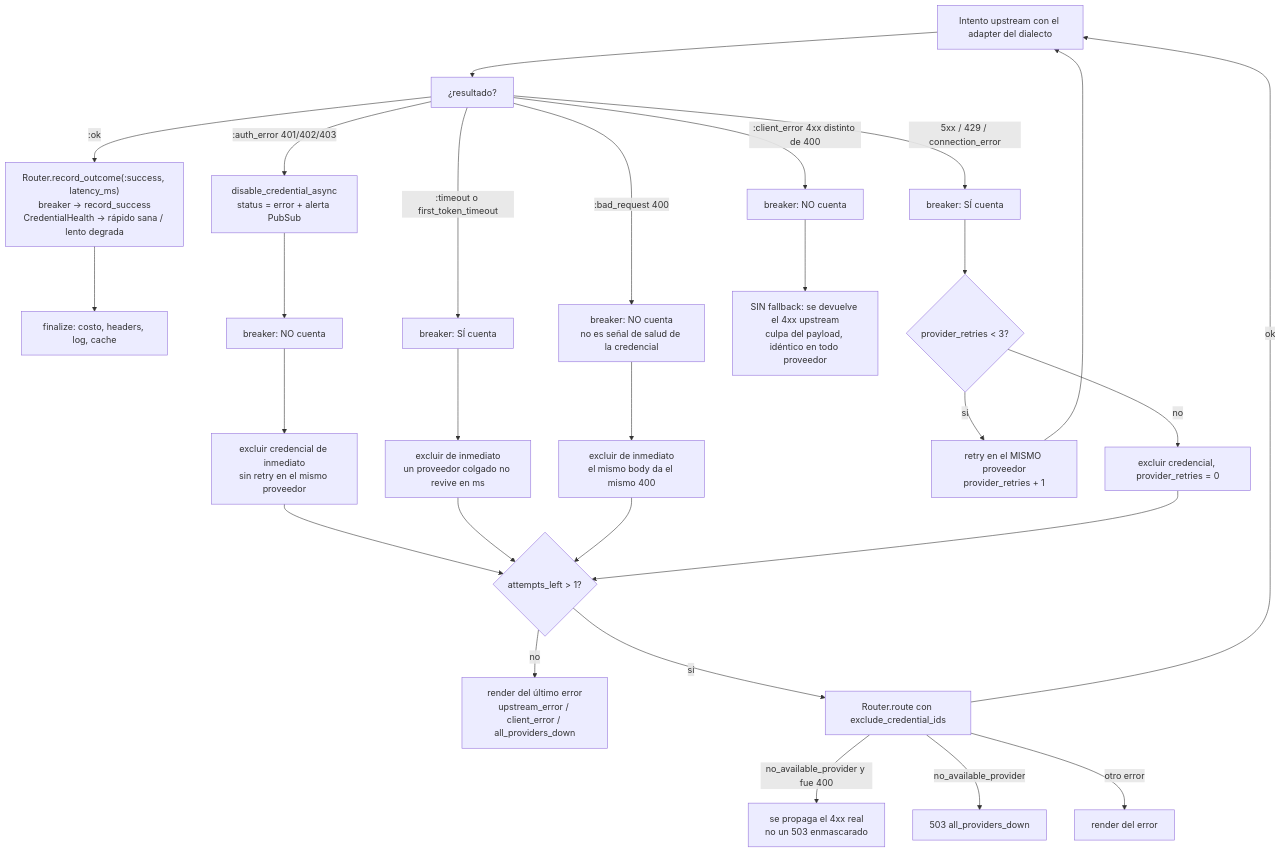
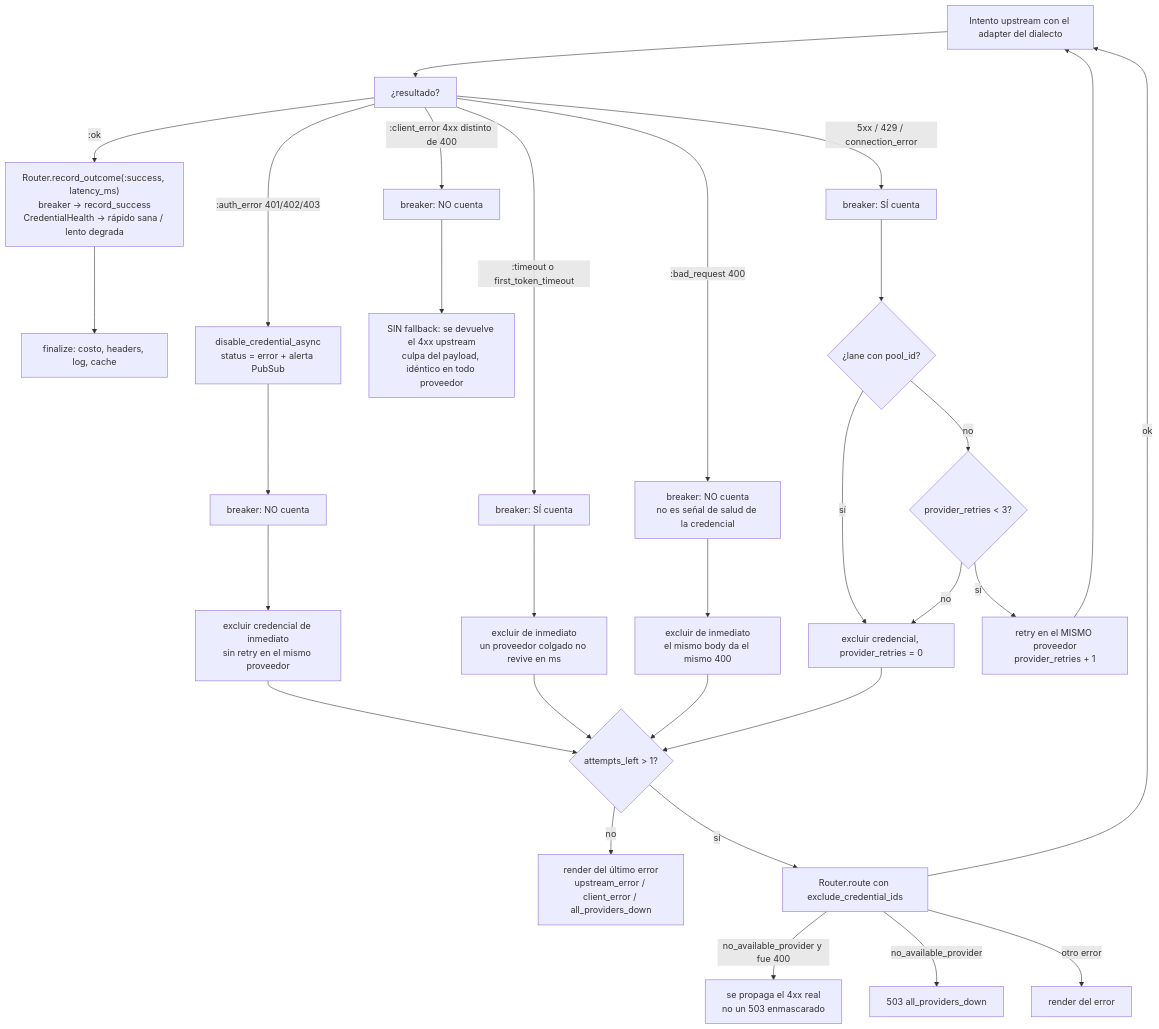
One commit to alvarolizama/tokengate changed the third of 5 diagrams in docs/proxy-request-flow.md. Above: the diagram before and after it, drawn with Mermaid. The commit also changed other lines of this file and 25 other files, not shown here.

````diff
--- a/docs/proxy-request-flow.md
+++ b/docs/proxy-request-flow.md
@@ -138,38 +152,40 @@
 ```mermaid
 flowchart TD
     A["Intento upstream con el adapter del dialecto"] --> B["¿resultado?"]
 
     B -->|":ok"| S1["Router.record_outcome(:success, latency_ms)<br/>breaker → record_success<br/>CredentialHealth → rápido sana / lento degrada"]
     S1 --> S2["finalize: costo, headers, log, cache"]
 
     B -->|":auth_error 401/402/403"| A1["disable_credential_async<br/>status = error + alerta PubSub"]
     A1 --> A2["breaker: NO cuenta"]
     A2 --> A3["excluir credencial de inmediato<br/>sin retry en el mismo proveedor"]
     A3 --> NEXT
 
     B -->|":timeout o first_token_timeout"| T1["breaker: SÍ cuenta"]
     T1 --> T2["excluir de inmediato<br/>un proveedor colgado no revive en ms"]
     T2 --> NEXT
 
     B -->|":bad_request 400"| B1["breaker: NO cuenta<br/>no es señal de salud de la credencial"]
     B1 --> B2["excluir de inmediato<br/>el mismo body da el mismo 400"]
     B2 --> NEXT
 
     B -->|":client_error 4xx distinto de 400"| C1["breaker: NO cuenta"]
     C1 --> C2["SIN fallback: se devuelve el 4xx upstream<br/>culpa del payload, idéntico en todo proveedor"]
 
     B -->|"5xx / 429 / connection_error"| F1["breaker: SÍ cuenta"]
-    F1 --> F2{"provider_retries < 3?"}
+    F1 --> FP{"¿lane con pool_id?"}
+    FP -->|"sí"| F4
+    FP -->|"no"| F2{"provider_retries < 3?"}
     F2 -->|"sí"| F3["retry en el MISMO proveedor<br/>provider_retries + 1"]
     F2 -->|"no"| F4["excluir credencial, provider_retries = 0"]
     F3 --> A
     F4 --> NEXT
 
     NEXT{"attempts_left > 1?"}
     NEXT -->|"no"| E1["render del último error<br/>upstream_error / client_error / all_providers_down"]
     NEXT -->|"sí"| RR["Router.route con exclude_credential_ids"]
     RR -->|"ok"| A
     RR -->|"no_available_provider y fue 400"| E2["se propaga el 4xx real<br/>no un 503 enmascarado"]
     RR -->|"no_available_provider"| E3["503 all_providers_down"]
     RR -->|"otro error"| E4["render del error"]
 ```
````
